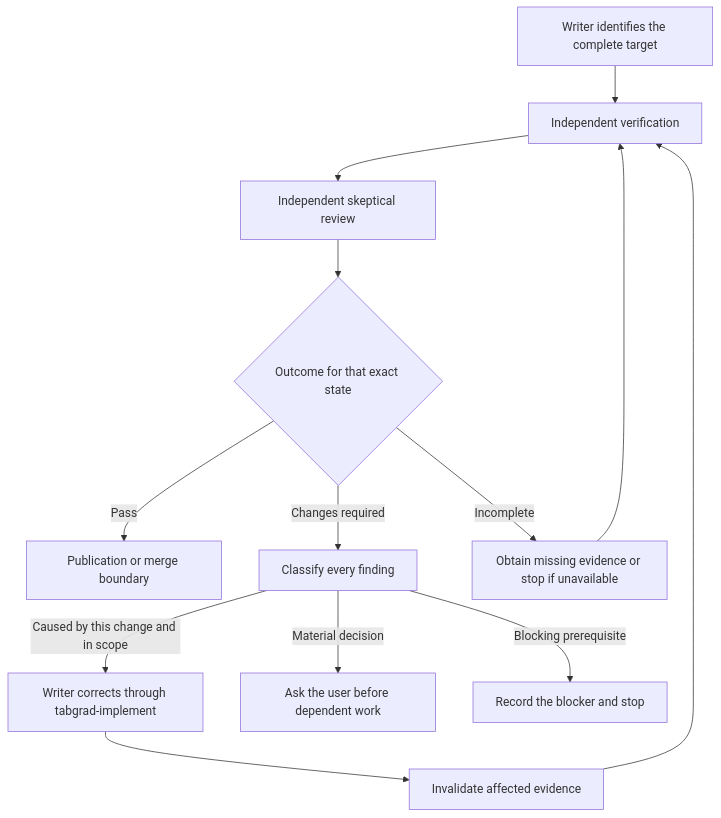
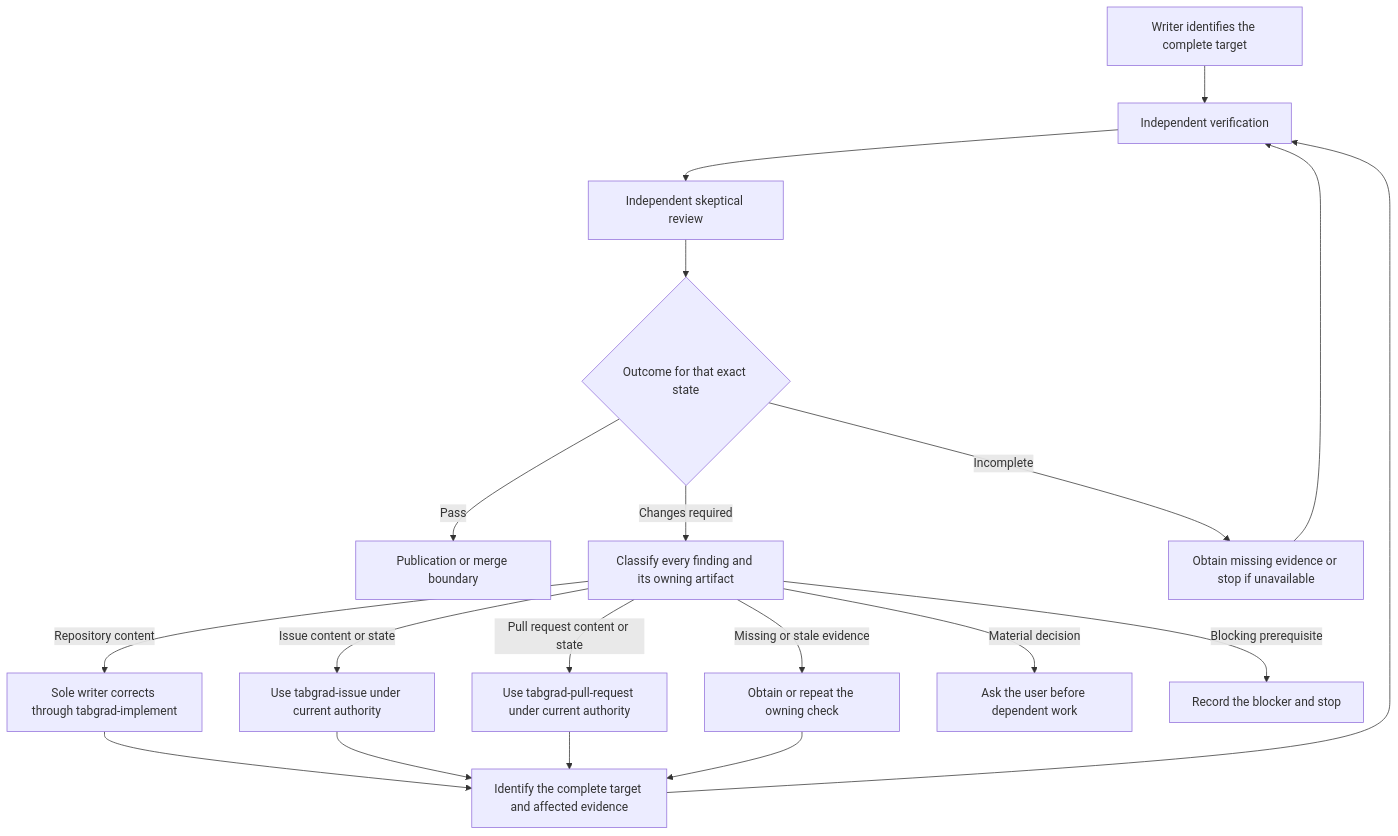
One commit to isaacperez/tabgrad changed the diagram in docs/agent-workflow.md. Above: the diagram before and after it, drawn with Mermaid. The commit also changed other lines of this file and 10 other files, not shown here.

````diff
--- a/docs/agent-workflow.md
+++ b/docs/agent-workflow.md
@@ -354,15 +366,21 @@
 ```mermaid
 flowchart TD
     A[Writer identifies the complete target] --> B[Independent verification]
     B --> C[Independent skeptical review]
     C --> D{Outcome for that exact state}
     D -->|Pass| E[Publication or merge boundary]
-    D -->|Changes required| F[Classify every finding]
-    F -->|Caused by this change and in scope| G[Writer corrects through tabgrad-implement]
-    G --> H[Invalidate affected evidence]
+    D -->|Changes required| F[Classify every finding and its owning artifact]
+    F -->|Repository content| G[Sole writer corrects through tabgrad-implement]
+    F -->|Issue content or state| L[Use tabgrad-issue under current authority]
+    F -->|Pull request content or state| M[Use tabgrad-pull-request under current authority]
+    F -->|Missing or stale evidence| N[Obtain or repeat the owning check]
+    G --> H[Identify the complete target and affected evidence]
+    L --> H
+    M --> H
+    N --> H
     H --> B
     F -->|Material decision| I[Ask the user before dependent work]
     F -->|Blocking prerequisite| J[Record the blocker and stop]
     D -->|Incomplete| K[Obtain missing evidence or stop if unavailable]
     K --> B
 ```
````
